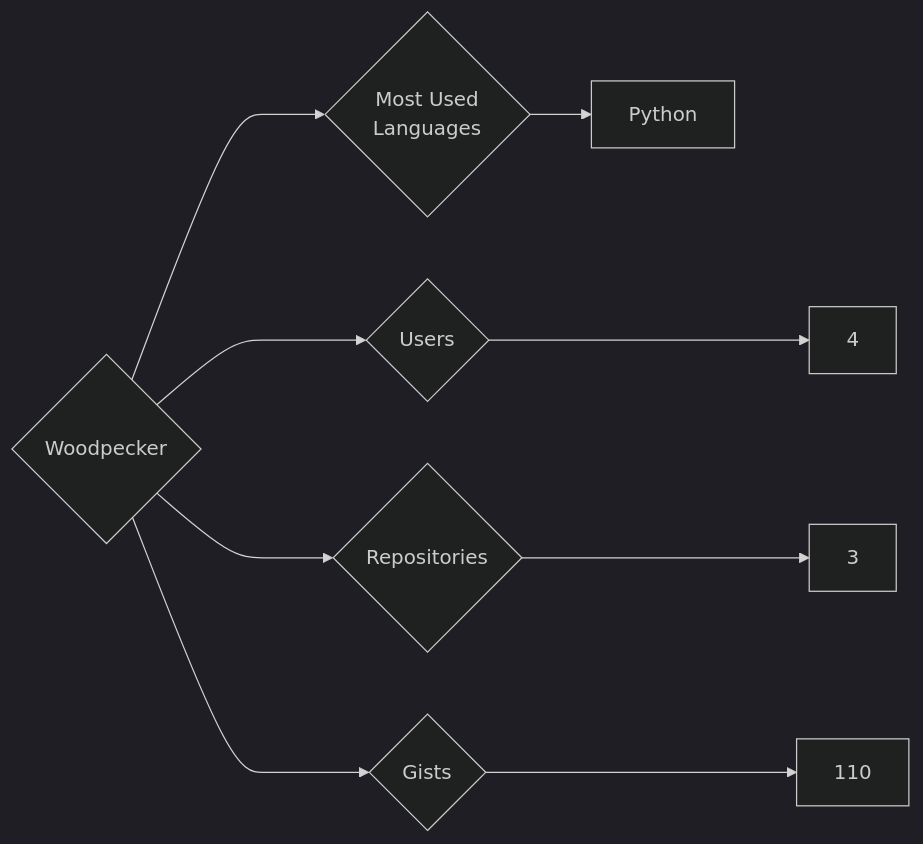
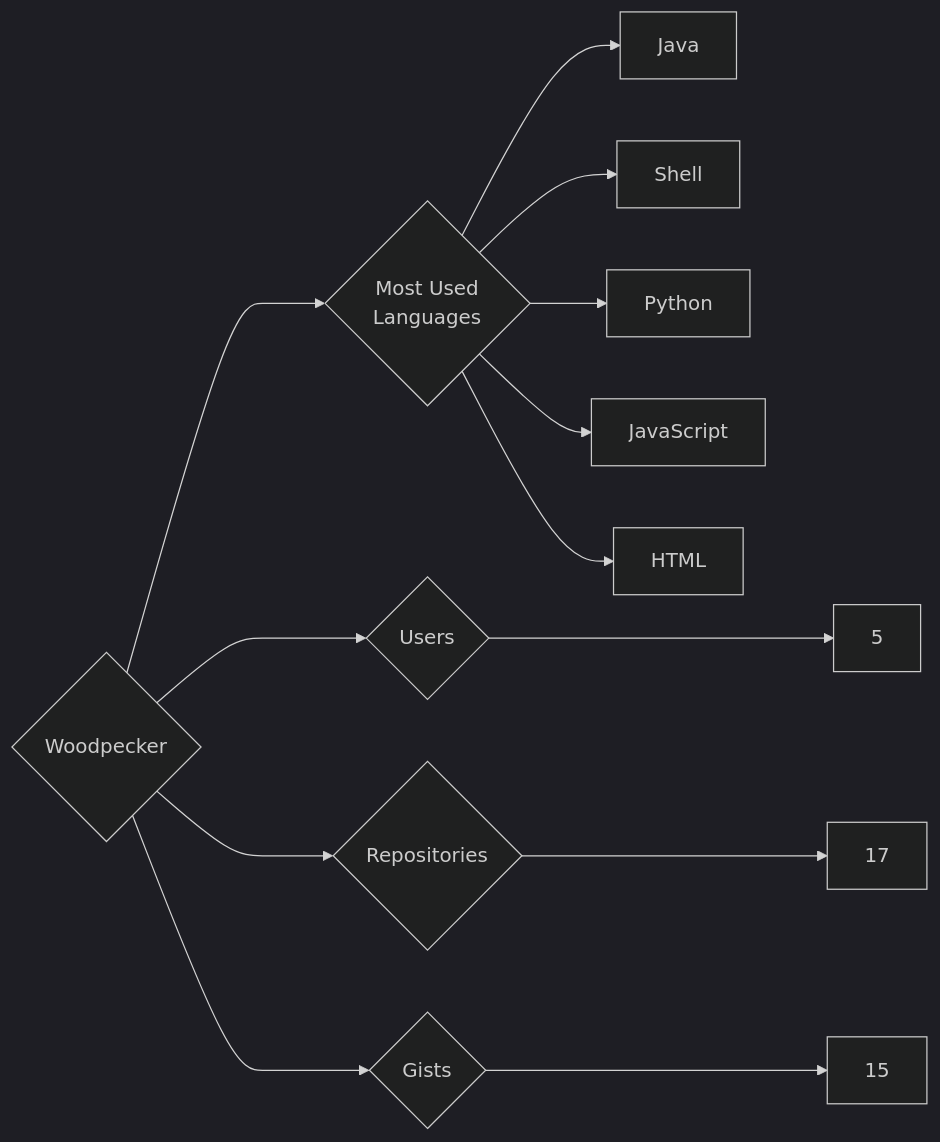
Before and after one commit to trickest/insiders: the diagram in targets/Woodpecker/README.md, drawn with Mermaid (dark theme). The commit also changed 953 other files, not shown here.

````diff
--- a/targets/Woodpecker/README.md
+++ b/targets/Woodpecker/README.md
@@ -3,9 +3,13 @@
 ```mermaid
 graph LR
 COMPANY_NAME{Woodpecker}
-COMPANY_NAME ---> U{Users} ---> UN[4]
-COMPANY_NAME ---> R{Repositories} ---> RN[3]
-COMPANY_NAME ---> G{Gists} ---> GN[110]
+COMPANY_NAME ---> U{Users} ---> UN[5]
+COMPANY_NAME ---> R{Repositories} ---> RN[17]
+COMPANY_NAME ---> G{Gists} ---> GN[15]
 COMPANY_NAME ---> ML{Most Used<br>Languages}
+ML --> Java[Java]
+ML --> Shell[Shell]
 ML --> Python[Python]
+ML --> JavaScript[JavaScript]
+ML --> HTML[HTML]
 ```
````
